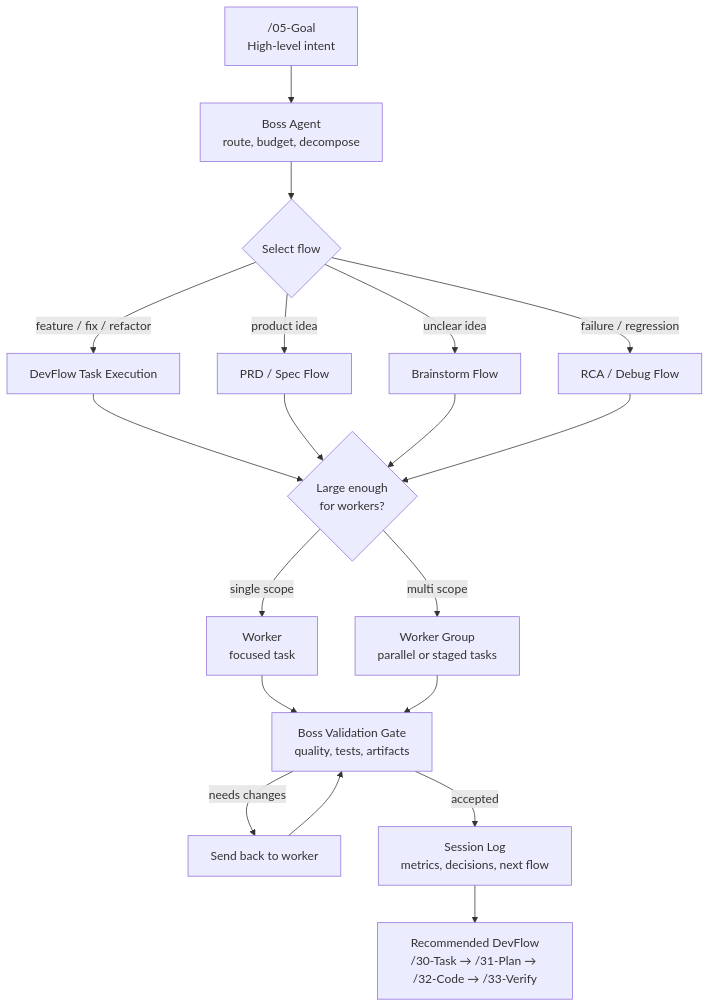
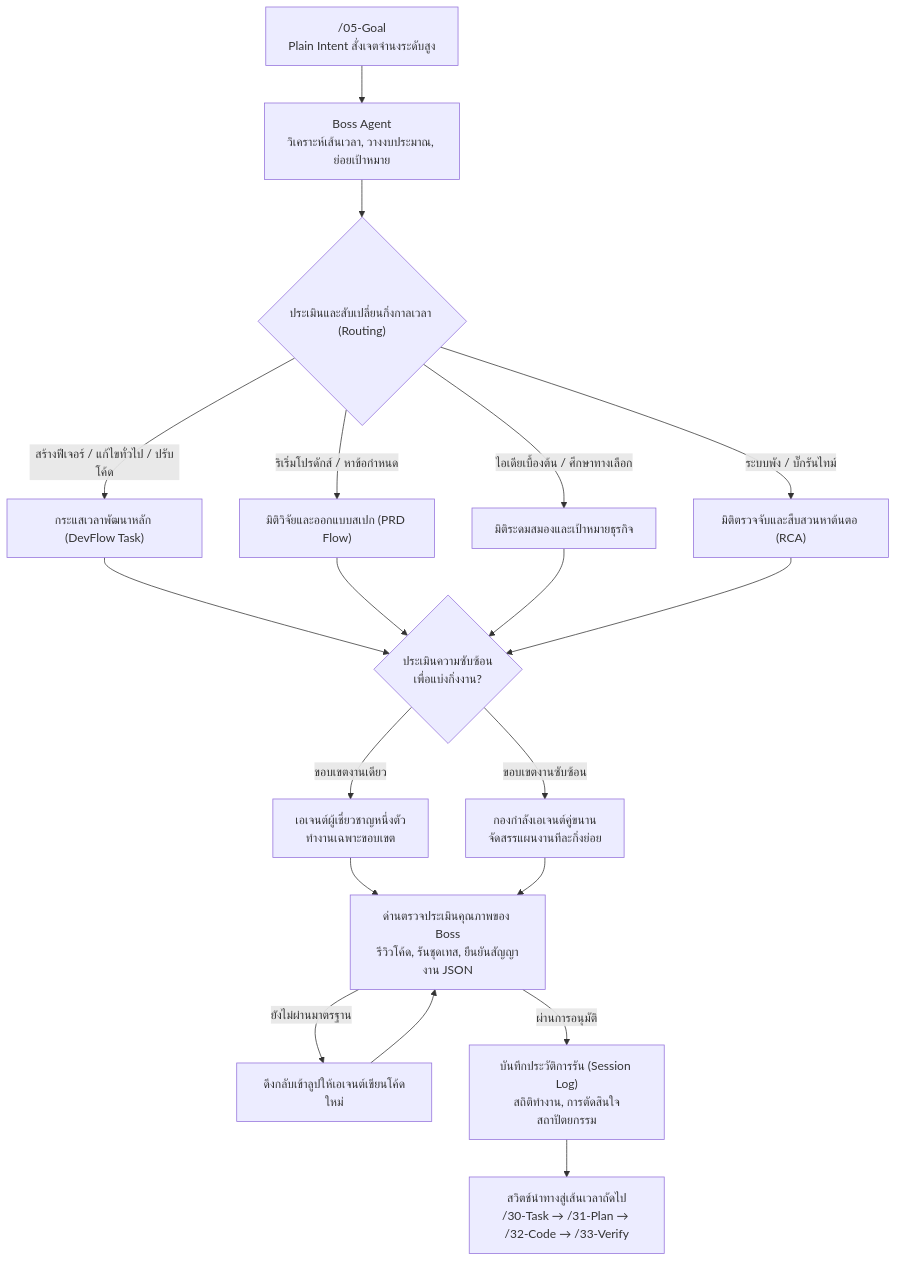
One commit to Jakkrich/nexus-devflow changed the second of 6 diagrams in README.md. Above: the diagram before and after it, drawn with Mermaid. The commit also changed other lines of this file and 12 other files, not shown here.

Commit message:
docs: add project architectural diagrams and update gitignore to track design assets

````diff
--- a/README.md
+++ b/README.md
@@ -51,26 +189,26 @@
 ```mermaid
 flowchart TD
-    Goal["/05-Goal<br/>High-level intent"] --> Boss["Boss Agent<br/>route, budget, decompose"]
-    Boss --> Route{"Select flow"}
-
-    Route -->|feature / fix / refactor| DevFlow["DevFlow Task Execution"]
-    Route -->|product idea| SpecFlow["PRD / Spec Flow"]
-    Route -->|unclear idea| IdeaFlow["Brainstorm Flow"]
-    Route -->|failure / regression| DebugFlow["RCA / Debug Flow"]
-
-    DevFlow --> Split{"Large enough<br/>for workers?"}
+    Goal["/05-Goal<br/> Plain Intent สั่งเจตจำนงระดับสูง"] --> Boss["Boss Agent<br/>วิเคราะห์เส้นเวลา, วางงบประมาณ, ย่อยเป้าหมาย"]
+    Boss --> Route{"ประเมินและสับเปลี่ยนกิ่งกาลเวลา (Routing)"}
+ 
+    Route -->|สร้างฟีเจอร์ / แก้ไขทั่วไป / ปรับโค้ด| DevFlow["กระแสเวลาพัฒนาหลัก (DevFlow Task)"]
+    Route -->|ริเริ่มโปรดักส์ / หาข้อกำหนด| SpecFlow["มิติวิจัยและออกแบบสเปก (PRD Flow)"]
+    Route -->|ไอเดียเบื้องต้น / ศึกษาทางเลือก| IdeaFlow["มิติระดมสมองและเป้าหมายธุรกิจ"]
+    Route -->|ระบบพัง / บั๊กรันไทม์| DebugFlow["มิติตรวจจับและสืบสวนหาต้นตอ (RCA)"]
+ 
+    DevFlow --> Split{"ประเมินความซับซ้อน<br/>เพื่อแบ่งกิ่งงาน?"}
     SpecFlow --> Split
     IdeaFlow --> Split
     DebugFlow --> Split
-
-    Split -->|single scope| WorkerOne["Worker<br/>focused task"]
-    Split -->|multi scope| WorkerGroup["Worker Group<br/>parallel or staged tasks"]
-
-    WorkerOne --> Gate["Boss Validation Gate<br/>quality, tests, artifacts"]
+ 
+    Split -->|ขอบเขตงานเดียว| WorkerOne["เอเจนต์ผู้เชี่ยวชาญหนึ่งตัว<br/>ทำงานเฉพาะขอบเขต"]
+    Split -->|ขอบเขตงานซับซ้อน| WorkerGroup["กองกำลังเอเจนต์คู่ขนาน<br/>จัดสรรแผนงานทีละกิ่งย่อย"]
+ 
+    WorkerOne --> Gate["ด่านตรวจประเมินคุณภาพของ Boss<br/>รีวิวโค้ด, รันชุดเทส, ยืนยันสัญญางาน JSON"]
     WorkerGroup --> Gate
-
-    Gate -->|needs changes| Revise["Send back to worker"]
+ 
+    Gate -->|ยังไม่ผ่านมาตรฐาน| Revise["ดึงกลับเข้าลูปให้เอเจนต์เขียนโค้ดใหม่"]
     Revise --> Gate
-    Gate -->|accepted| Session["Session Log<br/>metrics, decisions, next flow"]
-    Session --> Next["Recommended DevFlow<br/>/30-Task → /31-Plan → /32-Code → /33-Verify"]
+    Gate -->|ผ่านการอนุมัติ| Session["บันทึกประวัติการรัน (Session Log)<br/>สถิติทำงาน, การตัดสินใจสถาปัตยกรรม"]
+    Session --> Next["สวิตช์นำทางสู่เส้นเวลาถัดไป<br/>/30-Task → /31-Plan → /32-Code → /33-Verify"]
 ```
````
